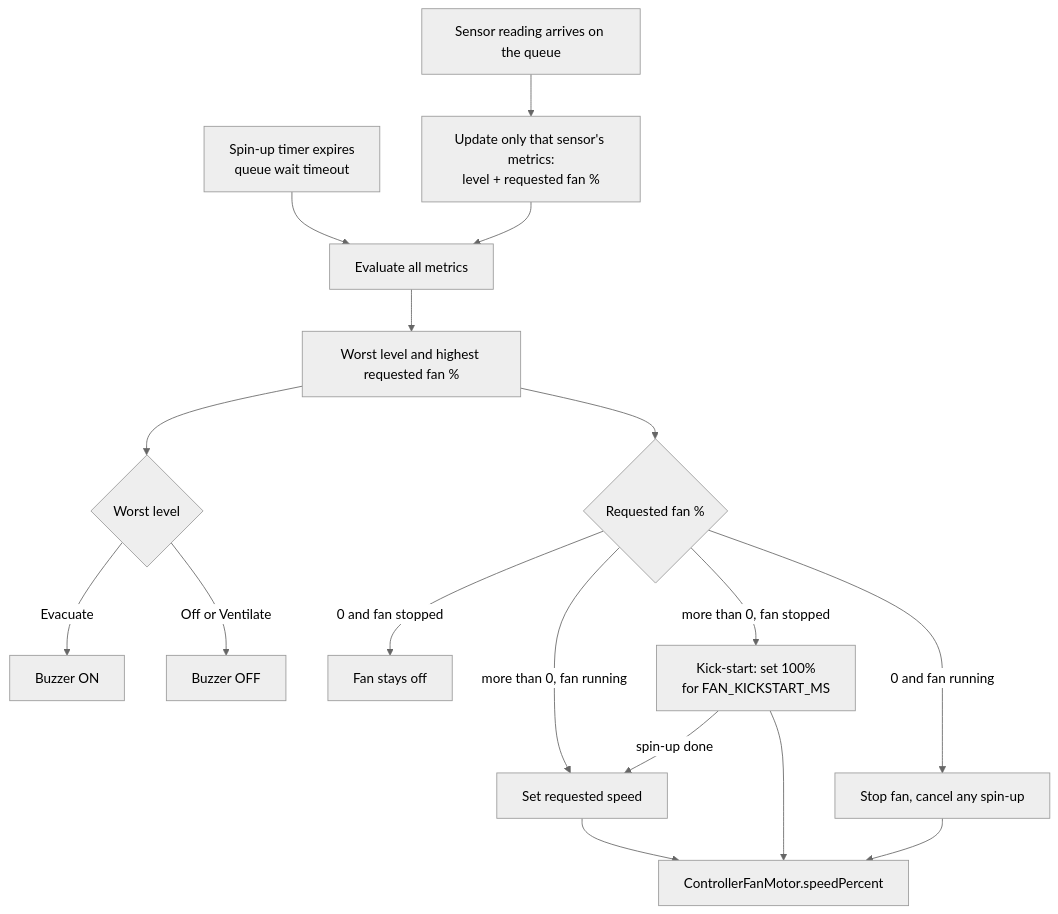
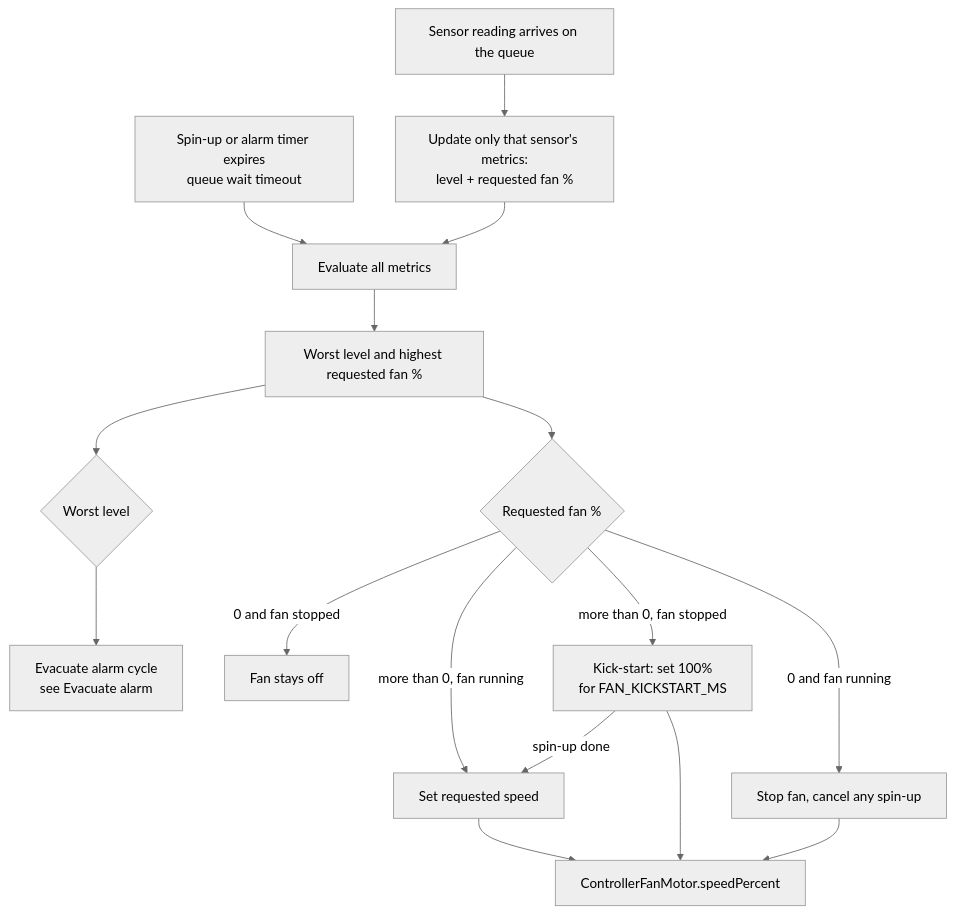
The fifth of 7 diagrams in README.md (yuvalkuck/clearair), drawn with Mermaid (neutral theme) before and after one commit. The commit also changed other lines of this file and 15 other files, not shown here.

````diff
--- a/README.md
+++ b/README.md
@@ -371,21 +369,20 @@
 ```mermaid
 flowchart TD
     Msg[Sensor reading arrives on the queue] --> Update[Update only that sensor's metrics:<br/>level + requested fan %]
-    Timeout[Spin-up timer expires<br/>queue wait timeout] --> Eval
+    Timeout[Spin-up or alarm timer expires<br/>queue wait timeout] --> Eval
     Update --> Eval[Evaluate all metrics]
     Eval --> Worst[Worst level and highest requested fan %]
 
     Worst --> Lvl{Worst level}
-    Lvl -->|Evacuate| BuzOn[Buzzer ON]
-    Lvl -->|Off or Ventilate| BuzOff[Buzzer OFF]
+    Lvl --> Alarm[Evacuate alarm cycle<br/>see Evacuate alarm]
 
     Worst --> Fan{Requested fan %}
     Fan -->|0 and fan stopped| Stay[Fan stays off]
     Fan -->|0 and fan running| Stop[Stop fan, cancel any spin-up]
     Fan -->|more than 0, fan stopped| Kick[Kick-start: set 100%<br/>for FAN_KICKSTART_MS]
     Fan -->|more than 0, fan running| Set[Set requested speed]
     Kick -->|spin-up done| Set
     Set --> Motor[ControllerFanMotor.speedPercent]
     Kick --> Motor
     Stop --> Motor
 ```
````
